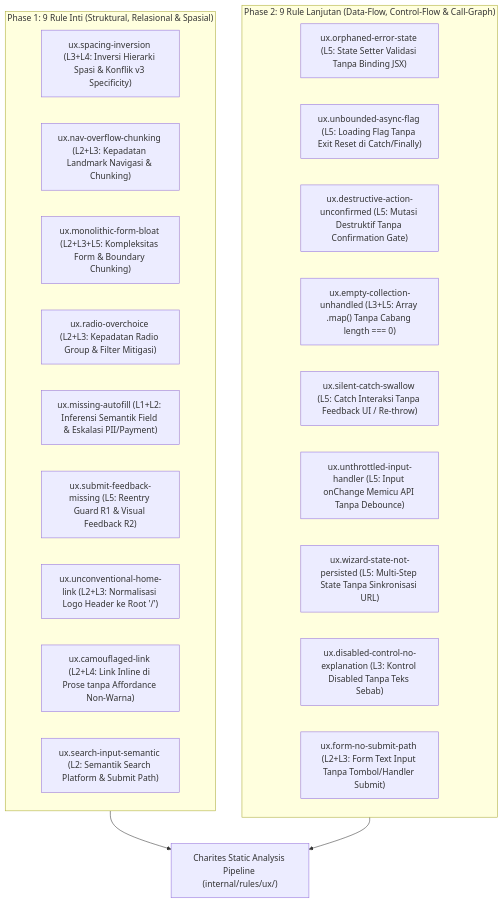
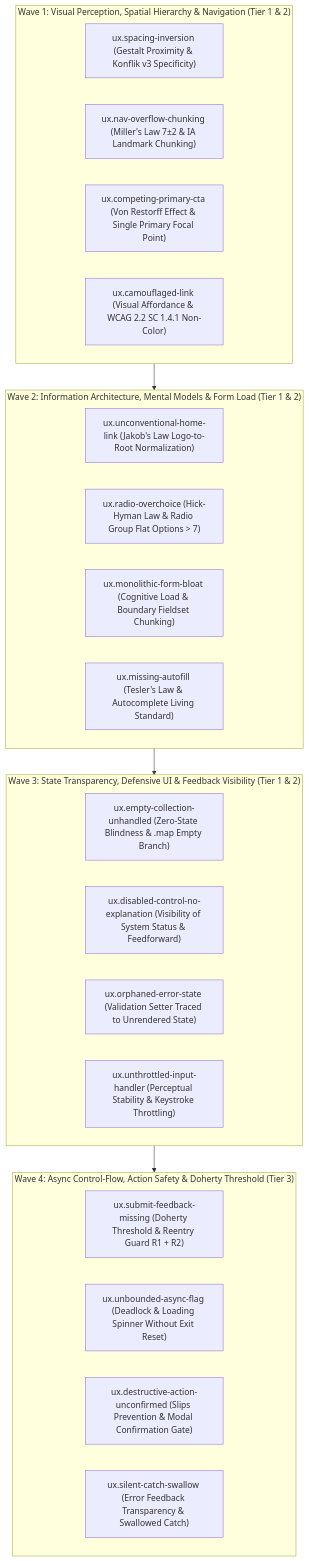
The first of 2 diagrams in docs/01-spec/expansion/ux.md (will2469/charites), drawn with Mermaid before and after one commit. The commit also changed other lines of this file and 43 other files, not shown here.

Commit message:
feat(ux): implement Wave 1 rules for visual perception, spatial hierarchy & navigation with 1-SSOT golden corpus

````diff
--- a/docs/01-spec/expansion/ux.md
+++ b/docs/01-spec/expansion/ux.md
@@ -24,29 +26,32 @@
 ```mermaid
 flowchart TD
-    subgraph P1 ["Phase 1: 9 Rule Inti (Struktural, Relasional & Spasial)"]
-        U1["ux.spacing-inversion (L3+L4: Inversi Hierarki Spasi & Konflik v3 Specificity)"]
-        U2["ux.nav-overflow-chunking (L2+L3: Kepadatan Landmark Navigasi & Chunking)"]
-        U3["ux.monolithic-form-bloat (L2+L3+L5: Kompleksitas Form & Boundary Chunking)"]
-        U4["ux.radio-overchoice (L2+L3: Kepadatan Radio Group & Filter Mitigasi)"]
-        U5["ux.missing-autofill (L1+L2: Inferensi Semantik Field & Eskalasi PII/Payment)"]
-        U6["ux.submit-feedback-missing (L5: Reentry Guard R1 & Visual Feedback R2)"]
-        U7["ux.unconventional-home-link (L2+L3: Normalisasi Logo Header ke Root '/')"]
-        U8["ux.camouflaged-link (L2+L4: Link Inline di Prose tanpa Affordance Non-Warna)"]
-        U9["ux.search-input-semantic (L2: Semantik Search Platform & Submit Path)"]
+    subgraph W1 ["Wave 1: Visual Perception, Spatial Hierarchy & Navigation (Tier 1 & 2)"]
+        U1["ux.spacing-inversion (Gestalt Proximity & Konflik v3 Specificity)"]
+        U2["ux.nav-overflow-chunking (Miller's Law 7±2 & IA Landmark Chunking)"]
+        U3["ux.competing-primary-cta (Von Restorff Effect & Single Primary Focal Point)"]
+        U4["ux.camouflaged-link (Visual Affordance & WCAG 2.2 SC 1.4.1 Non-Color)"]
     end
 
-    subgraph P2 ["Phase 2: 9 Rule Lanjutan (Data-Flow, Control-Flow & Call-Graph)"]
-        U10["ux.orphaned-error-state (L5: State Setter Validasi Tanpa Binding JSX)"]
-        U11["ux.unbounded-async-flag (L5: Loading Flag Tanpa Exit Reset di Catch/Finally)"]
-        U12["ux.destructive-action-unconfirmed (L5: Mutasi Destruktif Tanpa Confirmation Gate)"]
-        U13["ux.empty-collection-unhandled (L3+L5: Array .map() Tanpa Cabang length === 0)"]
-        U14["ux.silent-catch-swallow (L5: Catch Interaksi Tanpa Feedback UI / Re-throw)"]
-        U15["ux.unthrottled-input-handler (L5: Input onChange Memicu API Tanpa Debounce)"]
-        U16["ux.wizard-state-not-persisted (L5: Multi-Step State Tanpa Sinkronisasi URL)"]
-        U17["ux.disabled-control-no-explanation (L3: Kontrol Disabled Tanpa Teks Sebab)"]
-        U18["ux.form-no-submit-path (L2+L3: Form Text Input Tanpa Tombol/Handler Submit)"]
+    subgraph W2 ["Wave 2: Information Architecture, Mental Models & Form Load (Tier 1 & 2)"]
+        U5["ux.unconventional-home-link (Jakob's Law Logo-to-Root Normalization)"]
+        U6["ux.radio-overchoice (Hick-Hyman Law & Radio Group Flat Options > 7)"]
+        U7["ux.monolithic-form-bloat (Cognitive Load & Boundary Fieldset Chunking)"]
+        U8["ux.missing-autofill (Tesler's Law & Autocomplete Living Standard)"]
     end
 
-    P1 --> ENGINE["Charites Static Analysis Pipeline (internal/rules/ux/)"]
-    P2 --> ENGINE
+    subgraph W3 ["Wave 3: State Transparency, Defensive UI & Feedback Visibility (Tier 1 & 2)"]
+        U9["ux.empty-collection-unhandled (Zero-State Blindness & .map Empty Branch)"]
+        U10["ux.disabled-control-no-explanation (Visibility of System Status & Feedforward)"]
+        U11["ux.orphaned-error-state (Validation Setter Traced to Unrendered State)"]
+        U12["ux.unthrottled-input-handler (Perceptual Stability & Keystroke Throttling)"]
+    end
+
+    subgraph W4 ["Wave 4: Async Control-Flow, Action Safety & Doherty Threshold (Tier 3)"]
+        U13["ux.submit-feedback-missing (Doherty Threshold & Reentry Guard R1 + R2)"]
+        U14["ux.unbounded-async-flag (Deadlock & Loading Spinner Without Exit Reset)"]
+        U15["ux.destructive-action-unconfirmed (Slips Prevention & Modal Confirmation Gate)"]
+        U16["ux.silent-catch-swallow (Error Feedback Transparency & Swallowed Catch)"]
+    end
+
+    W1 --> W2 --> W3 --> W4
 ```
````
